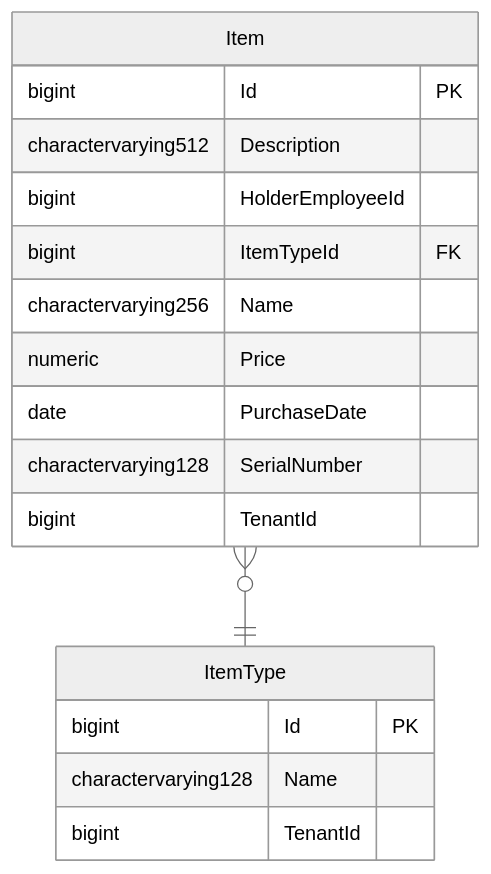
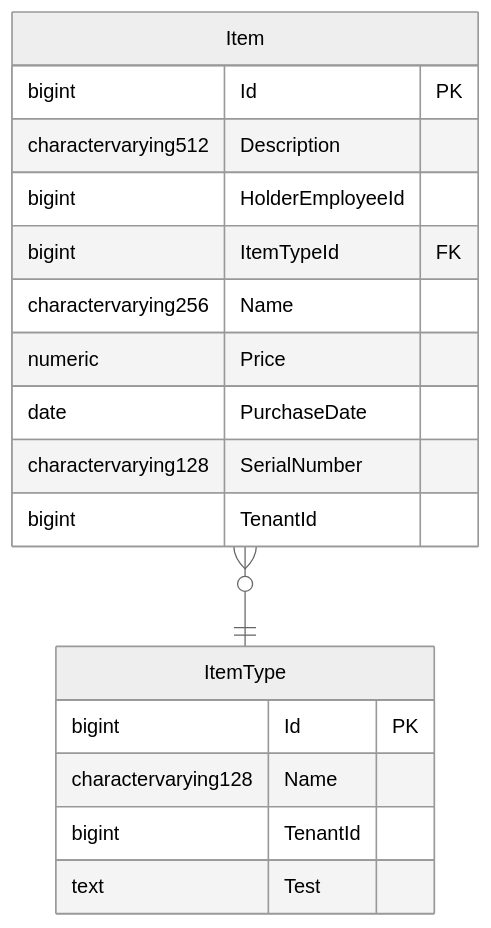
The diagram in README.md (TourmalineCore/inner-circle-items-api), drawn with Mermaid before and after one commit.

Commit message:
docs: Update Mermaid DB Schema Diagram in README.md (siren-gen)

````diff
--- a/README.md
+++ b/README.md
@@ -86,21 +86,22 @@
 ```mermaid
 	erDiagram
 	%%{init: {'theme':'neutral'}}%%
 	Item {
 		bigint Id PK
 		charactervarying512 Description 
 		bigint HolderEmployeeId 
 		bigint ItemTypeId FK
 		charactervarying256 Name 
 		numeric Price 
 		date PurchaseDate 
 		charactervarying128 SerialNumber 
 		bigint TenantId 
 	}
 	ItemType {
 		bigint Id PK
 		charactervarying128 Name 
 		bigint TenantId 
+		text Test 
 	}
 Item}o--||ItemType : ""
 ```
````
